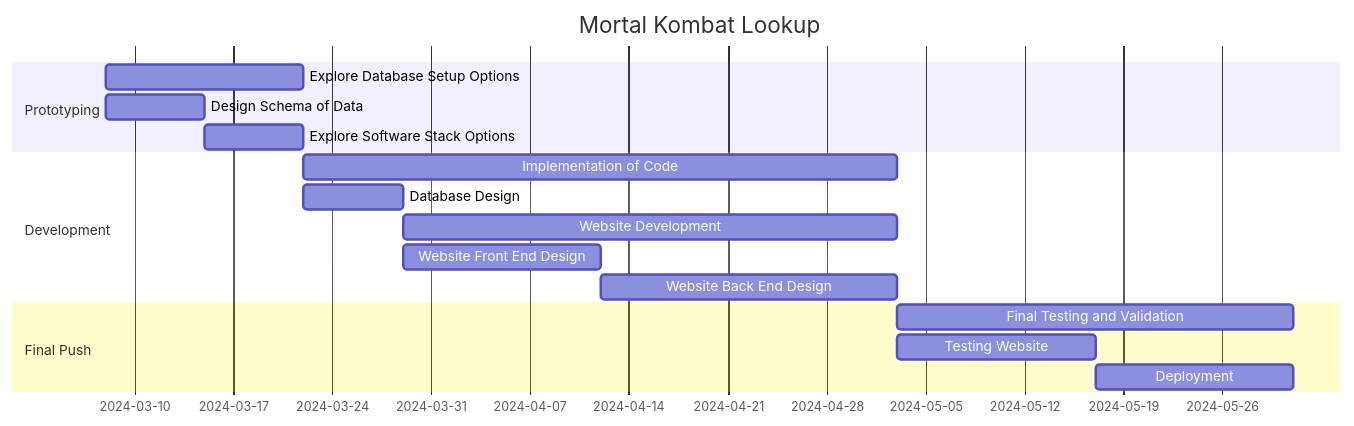
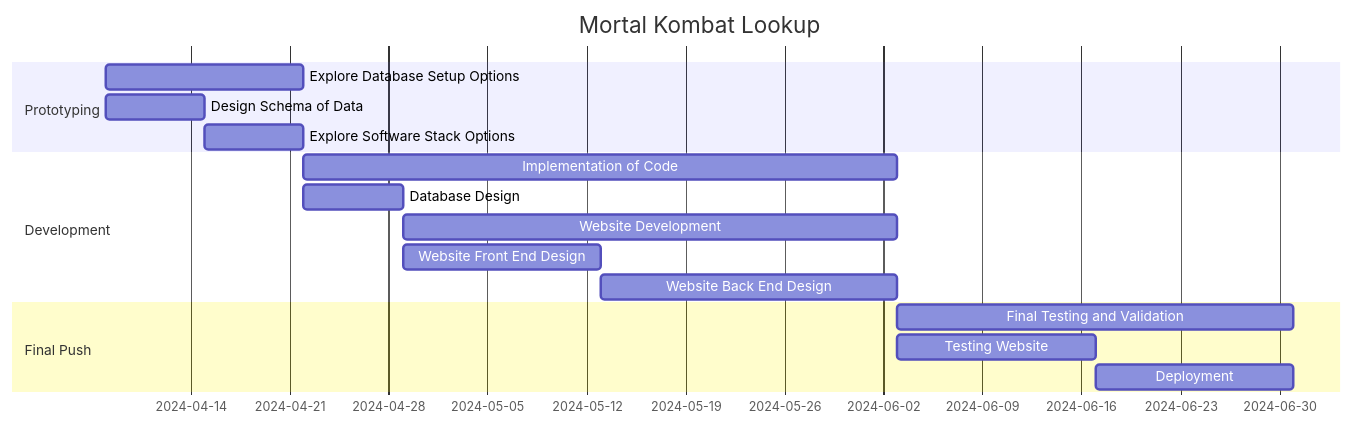
Before and after one commit to EthanV1920/CSC365-DatabasesGroupProject: the diagram in README.md, drawn with Mermaid.

Commit message:
Update README.md
Update Gannt Dates

````diff
--- a/README.md
+++ b/README.md
@@ -27,19 +27,19 @@
 ```mermaid
 gantt
     title Mortal Kombat Lookup
     dateFormat  MM-DD-YYYY
     section Prototyping
-    Explore Database Setup Options:a1, 03-08-2024, 2w
-    Design Schema of Data:a2, 03-08-2024, 1w
+    Explore Database Setup Options:a1, 04-08-2024, 2w
+    Design Schema of Data:a2, 04-08-2024, 1w
     Explore Software Stack Options: after a2, 1w
     section Development
     Implementation of Code      :a3, after a1, 6w
     Database Design      :a4, after a1, 1w
     Website Development: after a4, 5w
     Website Front End Design: frontEnd, after a4, 2w
     Website Back End Design: backEnd, after frontEnd, 3w
     section Final Push
     Final Testing and Validation: after a3, 4w
     Testing Website: testing, after a3, 2w
     Deployment: after testing, 2w
 ```
````
